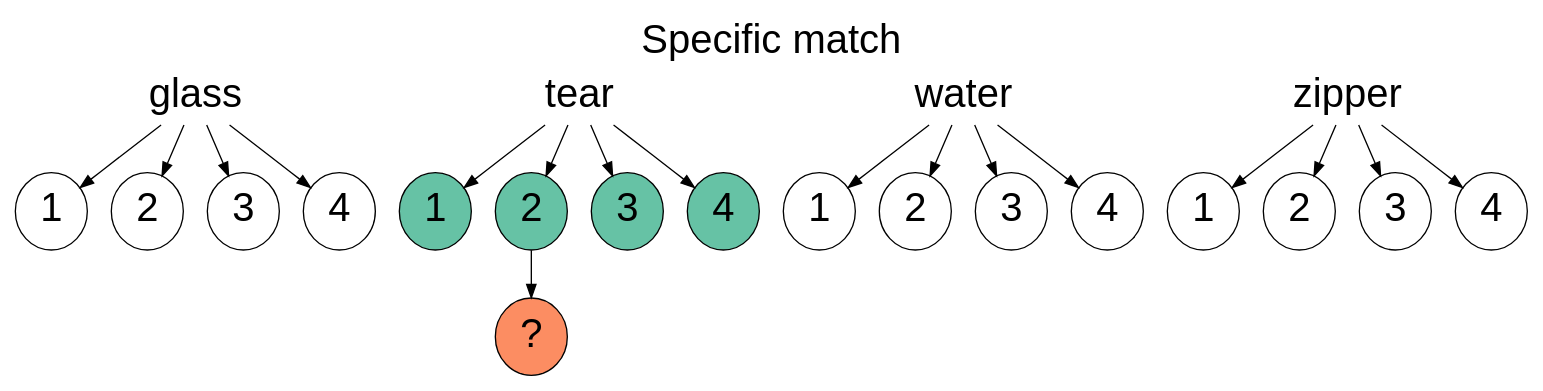
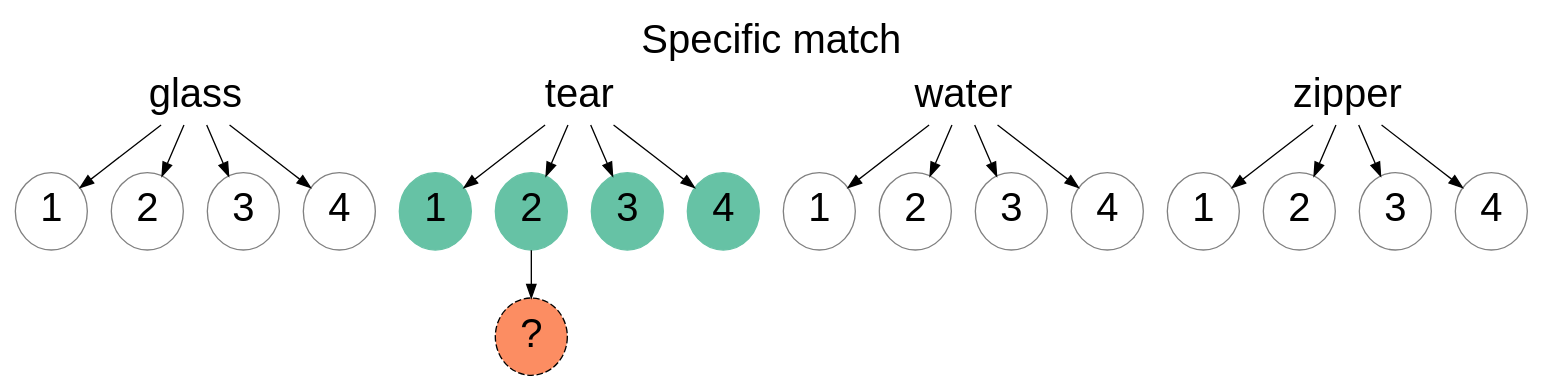
One commit to lupyanlab/words-in-transition changed the diagram in wordsintransition/inst/extdata/specific-match.gv. Above: the diagram before and after it, drawn with Graphviz. The commit also changed 2 other files, not shown here.

Commit message:
Redesign of question type figure

```diff
--- a/wordsintransition/inst/extdata/specific-match.gv
+++ b/wordsintransition/inst/extdata/specific-match.gv
@@ -1,45 +1,47 @@
 digraph {
   labelloc="t";
   label="Specific match";
 
   graph[fontname="helvetica", fontsize=30];
   node[fontname="helvetica", fontsize=30];
-  
+
   glass[shape="none"];
   tear[shape="none"];
   water[shape="none"];
   zipper[shape="none"];
 
   glass -> {glass1, glass2, glass3, glass4};
   tear -> {tear1, tear2, tear3, tear4};
   water -> {water1, water2, water3, water4};
   zipper -> {zipper1, zipper2, zipper3, zipper4};
 
-  tear1[style="filled", fillcolor="#66C2A5"];
-  tear2[style="filled", fillcolor="#66C2A5"];
-  tear3[style="filled", fillcolor="#66C2A5"];
-  tear4[style="filled", fillcolor="#66C2A5"];
+  tear1[style="filled", fillcolor="#66C2A5", color="#66C2A5"];
+  tear2[style="filled", fillcolor="#66C2A5", color="#66C2A5"];
+  tear3[style="filled", fillcolor="#66C2A5", color="#66C2A5"];
+  tear4[style="filled", fillcolor="#66C2A5", color="#66C2A5"];
 
   glass1[label="1"];
   glass2[label="2"];
   glass3[label="3"];
   glass4[label="4"];
 
   tear1[label="1"];
   tear2[label="2"];
   tear3[label="3"];
   tear4[label="4"];
 
   water1[label="1"];
   water2[label="2"];
   water3[label="3"];
   water4[label="4"];
 
   zipper1[label="1"];
   zipper2[label="2"];
   zipper3[label="3"];
   zipper4[label="4"];
 
+  glass1, glass2, glass3, glass4, water1, water2, water3, water4, zipper1, zipper2, zipper3, zipper4[color="gray"];
+
   tear2 -> gen1;
-  gen1[label="?", style="filled", fillcolor="#FC8D62"];
+  gen1[label="?", style="filled, dashed", fillcolor="#FC8D62"];
 }
```
